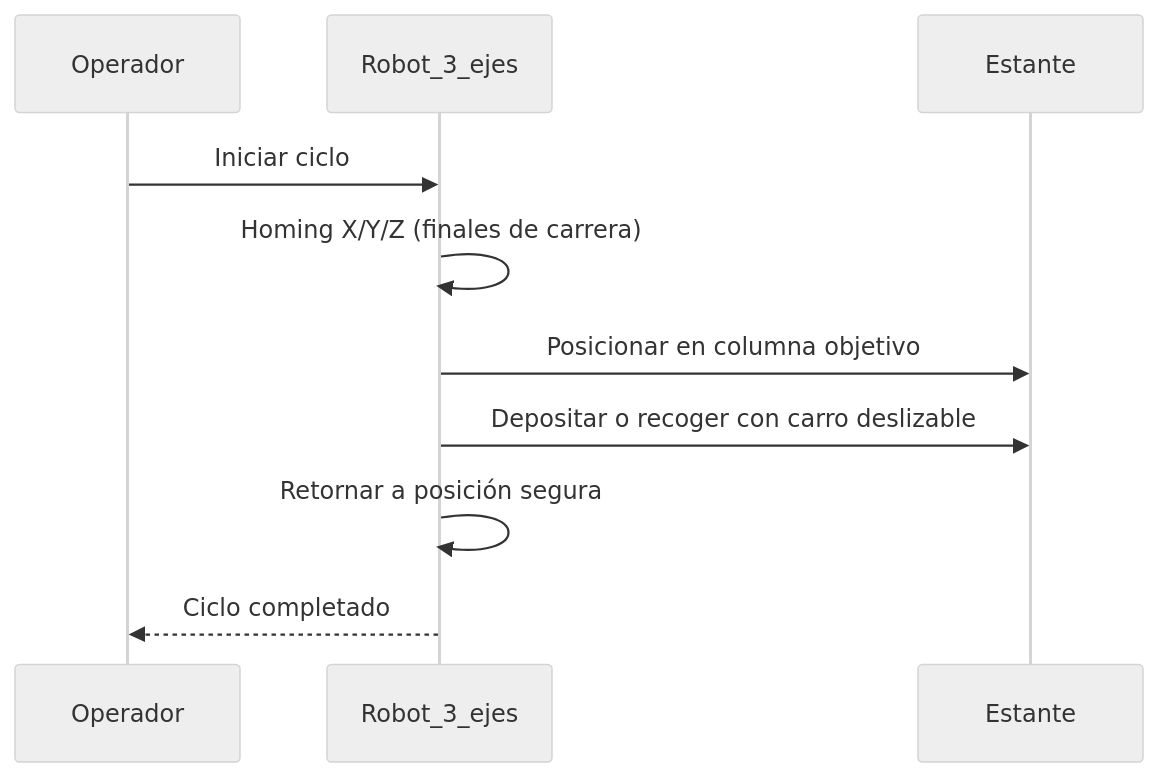
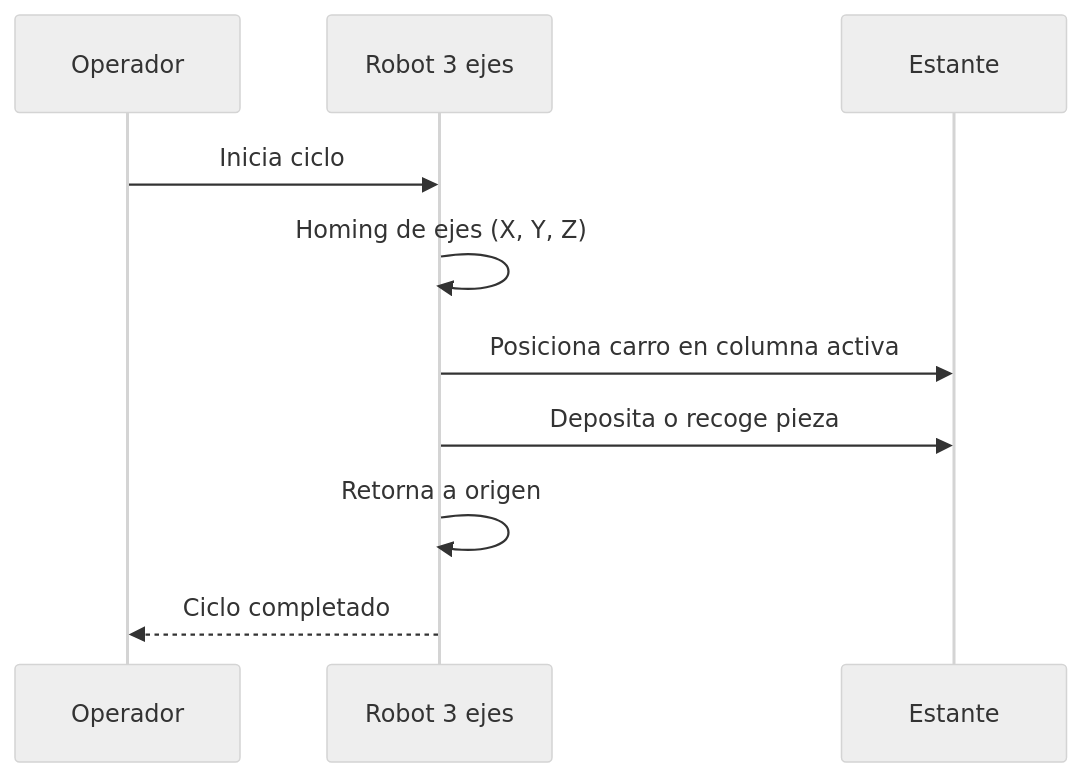
One commit to SB-312/Proyecto-Intermedio-IIoT changed the second of 4 diagrams in README.md. Above: the diagram before and after it, drawn with Mermaid (neutral theme). The commit also changed other lines of this file, not shown here.

````diff
--- a/README.md
+++ b/README.md
@@ -86,13 +100,13 @@
 ```mermaid
 sequenceDiagram
     participant Operador
-    participant Robot as Robot_3_ejes
+    participant Robot as Robot 3 ejes
     participant Estante
 
-    Operador->>Robot: Iniciar ciclo
-    Robot->>Robot: Homing X/Y/Z (finales de carrera)
-    Robot->>Estante: Posicionar en columna objetivo
-    Robot->>Estante: Depositar o recoger con carro deslizable
-    Robot->>Robot: Retornar a posición segura
+    Operador->>Robot: Inicia ciclo
+    Robot->>Robot: Homing de ejes (X, Y, Z)
+    Robot->>Estante: Posiciona carro en columna activa
+    Robot->>Estante: Deposita o recoge pieza
+    Robot->>Robot: Retorna a origen
     Robot-->>Operador: Ciclo completado
 ```
````
